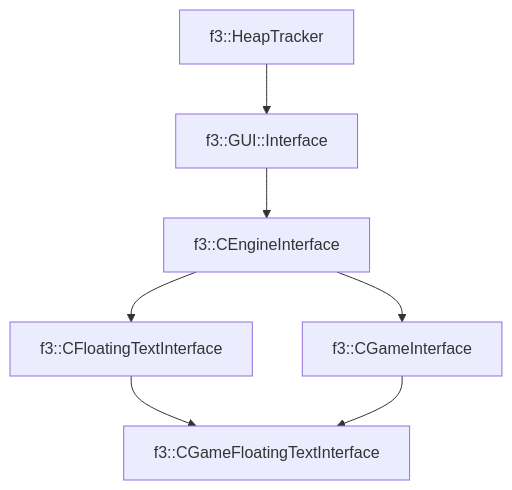
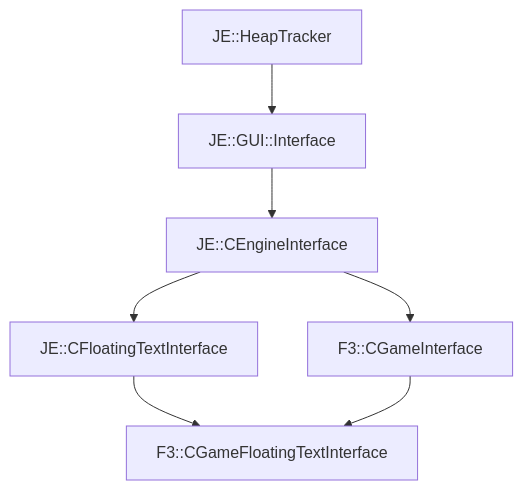
One commit to OpenJE/openvb changed the diagram in docs/f3/CGameFloatingTextInterface.md. Above: the diagram before and after it, drawn with Mermaid. The commit also changed other lines of this file and 1399 other files, not shown here.

````diff
--- a/docs/f3/CGameFloatingTextInterface.md
+++ b/docs/f3/CGameFloatingTextInterface.md
@@ -20,10 +20,10 @@
 ```mermaid
 graph TD;
-    
-    f3::HeapTracker --> f3::GUI::Interface
-    f3::GUI::Interface --> f3::CEngineInterface
-    f3::CEngineInterface --> f3::CFloatingTextInterface
-    f3::CEngineInterface --> f3::CGameInterface
-    f3::CFloatingTextInterface --> f3::CGameFloatingTextInterface
-    f3::CGameInterface --> f3::CGameFloatingTextInterface
+
+    JE::HeapTracker --> JE::GUI::Interface
+    JE::GUI::Interface --> JE::CEngineInterface
+    JE::CEngineInterface --> JE::CFloatingTextInterface
+    JE::CEngineInterface --> F3::CGameInterface
+    JE::CFloatingTextInterface --> F3::CGameFloatingTextInterface
+    F3::CGameInterface --> F3::CGameFloatingTextInterface
 ```
````
